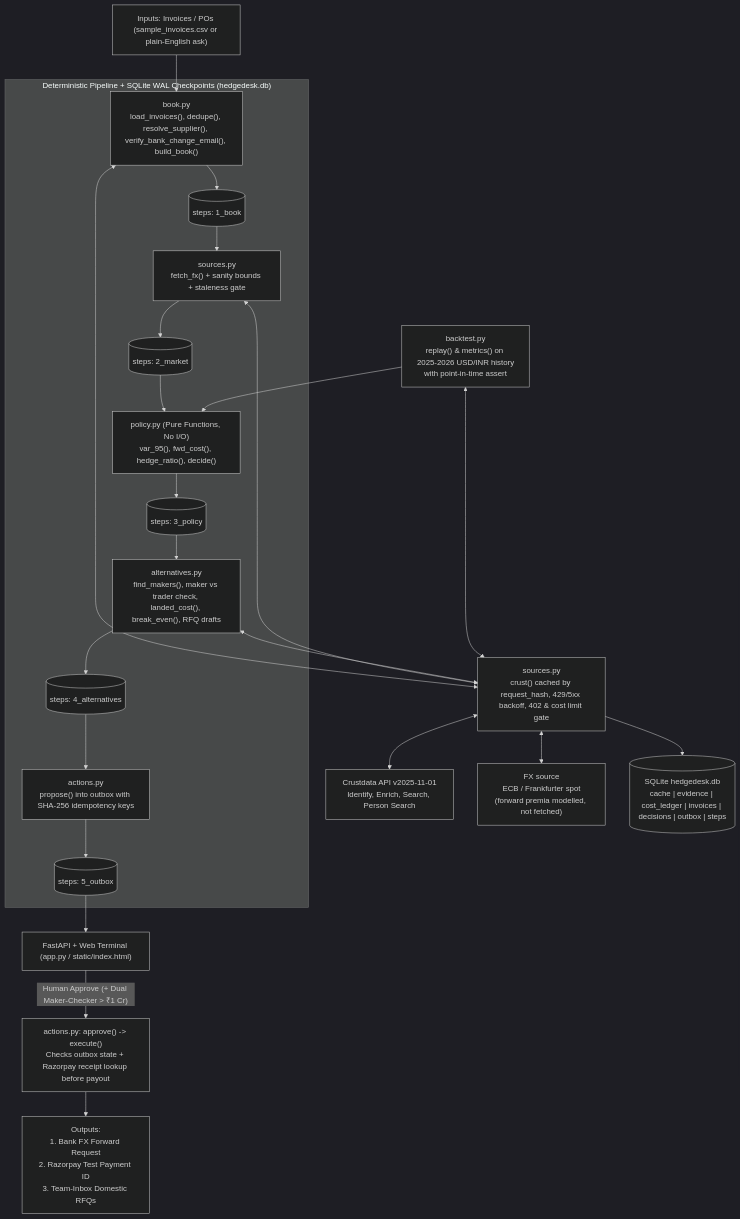
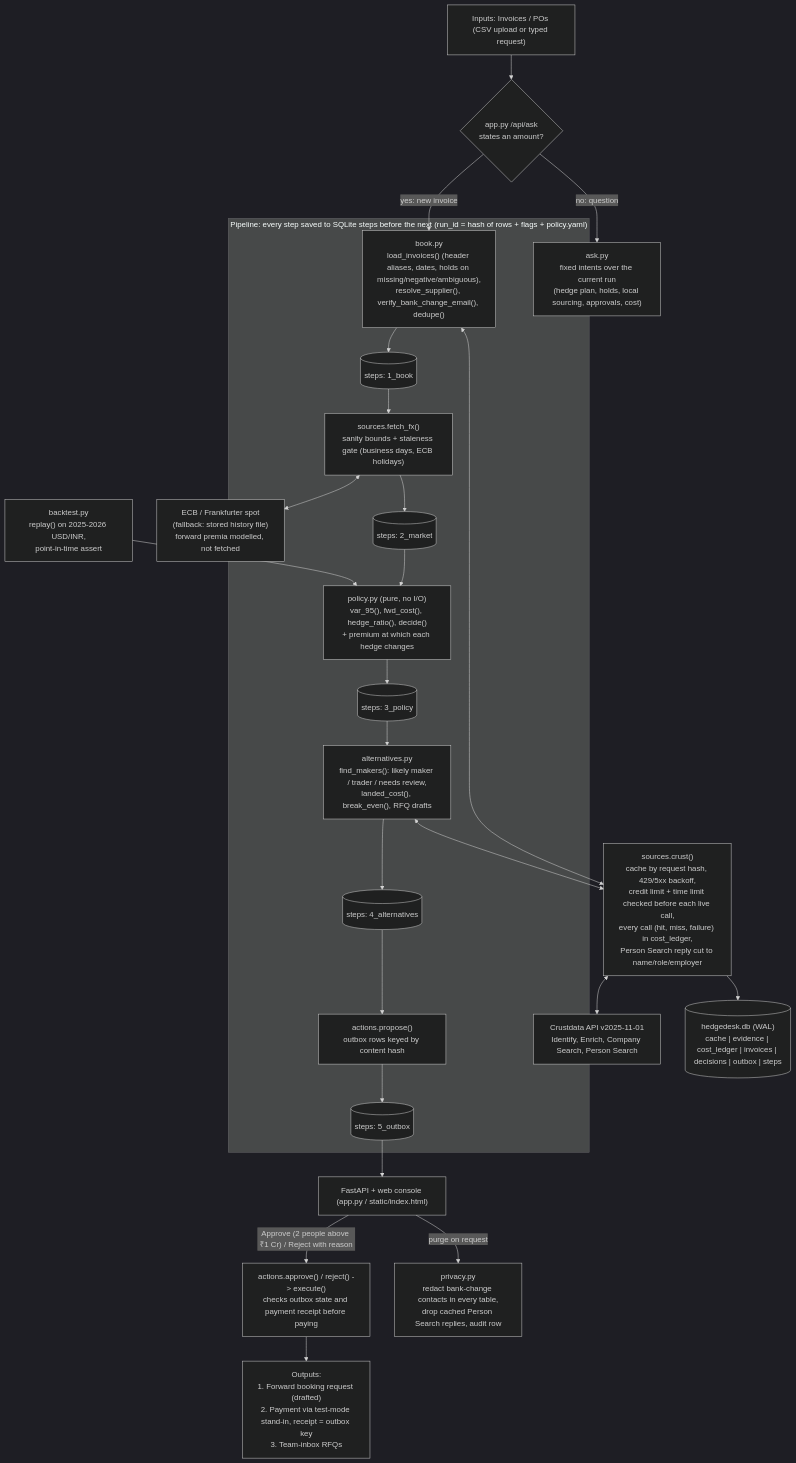
The first of 2 diagrams in ARCHITECTURE.md (funkomonko/HedgeDesk), drawn with Mermaid (dark theme) before and after one commit. The commit also changed other lines of this file and 13 other files, not shown here.

````diff
--- a/ARCHITECTURE.md
+++ b/ARCHITECTURE.md
@@ -5,32 +5,32 @@
 ```mermaid
 flowchart TD
-    IN["Inputs: Invoices / POs (sample_invoices.csv or plain-English ask)"] --> BOOK
+    IN["Inputs: Invoices / POs (CSV upload or typed request)"] --> ASK{"app.py /api/ask\nstates an amount?"}
+    ASK -- "yes: new invoice" --> BOOK
+    ASK -- "no: question" --> QA["ask.py\nfixed intents over the current run\n(hedge plan, holds, local sourcing, approvals, cost)"]
 
-    subgraph CORE["Deterministic Pipeline + SQLite WAL Checkpoints (hedgedesk.db)"]
-        BOOK["book.py\nload_invoices(), dedupe(), resolve_supplier(), verify_bank_change_email(), build_book()"] --> CP1[("steps: 1_book")]
-        CP1 --> MKT["sources.py\nfetch_fx() + sanity bounds + staleness gate"]
+    subgraph CORE["Pipeline: every step saved to SQLite steps before the next (run_id = hash of rows + flags + policy.yaml)"]
+        BOOK["book.py\nload_invoices() (header aliases, dates, holds on missing/negative/ambiguous),\nresolve_supplier(), verify_bank_change_email(), dedupe()"] --> CP1[("steps: 1_book")]
+        CP1 --> MKT["sources.fetch_fx()\nsanity bounds + staleness gate (business days, ECB holidays)"]
         MKT --> CP2[("steps: 2_market")]
-        CP2 --> POL["policy.py (Pure Functions, No I/O)\nvar_95(), fwd_cost(), hedge_ratio(), decide()"]
+        CP2 --> POL["policy.py (pure, no I/O)\nvar_95(), fwd_cost(), hedge_ratio(), decide()\n+ premium at which each hedge changes"]
         POL --> CP3[("steps: 3_policy")]
-        CP3 --> ALT["alternatives.py\nfind_makers(), maker vs trader check, landed_cost(), break_even(), RFQ drafts"]
+        CP3 --> ALT["alternatives.py\nfind_makers(): likely maker / trader / needs review,\nlanded_cost(), break_even(), RFQ drafts"]
         ALT --> CP4[("steps: 4_alternatives")]
-        CP4 --> ACT["actions.py\npropose() into outbox with SHA-256 idempotency keys"]
+        CP4 --> ACT["actions.propose()\noutbox rows keyed by content hash"]
         ACT --> CP5[("steps: 5_outbox")]
     end
 
-    SRC["sources.py\ncrust() cached by request_hash, 429/5xx backoff, 402 & cost limit gate"]
+    SRC["sources.crust()\ncache by request hash, 429/5xx backoff,\ncredit limit + time limit checked before each live call,\nevery call (hit, miss, failure) in cost_ledger,\nPerson Search reply cut to name/role/employer"]
     BOOK <--> SRC
-    MKT <--> SRC
     ALT <--> SRC
-    BT["backtest.py\nreplay() & metrics() on 2025-2026 USD/INR history\nwith point-in-time assert"] <--> SRC
-    BT --> POL
+    MKT <--> FXSRC["ECB / Frankfurter spot\n(fallback: stored history file)\nforward premia modelled, not fetched"]
+    BT["backtest.py\nreplay() on 2025-2026 USD/INR,\npoint-in-time assert"] --> POL
 
-    SRC <--> CRUST["Crustdata API v2025-11-01\nIdentify, Enrich, Search, Person Search"]
-    SRC <--> FX["FX source\nECB / Frankfurter spot\n(forward premia modelled, not fetched)"]
+    SRC <--> CRUST["Crustdata API v2025-11-01\nIdentify, Enrich, Company Search, Person Search"]
+    SRC --> DB[("hedgedesk.db (WAL)\ncache | evidence | cost_ledger | invoices | decisions | outbox | steps")]
 
-    SRC --> LEDGERS[("SQLite hedgedesk.db\ncache | evidence | cost_ledger | invoices | decisions | outbox | steps")]
-
-    CP5 --> UI["FastAPI + Web Terminal (app.py / static/index.html)"]
-    UI -- "Human Approve (+ Dual Maker-Checker > ₹1 Cr)" --> EXEC["actions.py: approve() -> execute()\nChecks outbox state + Razorpay receipt lookup before payout"]
-    EXEC --> OUT["Outputs:\n1. Bank FX Forward Request\n2. Razorpay Test Payment ID\n3. Team-Inbox Domestic RFQs"]
+    CP5 --> UI["FastAPI + web console (app.py / static/index.html)"]
+    UI -- "Approve (2 people above ₹1 Cr) / Reject with reason" --> EXEC["actions.approve() / reject() -> execute()\nchecks outbox state and payment receipt before paying"]
+    EXEC --> OUT["Outputs:\n1. Forward booking request (drafted)\n2. Payment via test-mode stand-in, receipt = outbox key\n3. Team-inbox RFQs"]
+    UI -- "purge on request" --> PRIV["privacy.py\nredact bank-change contacts in every table,\ndrop cached Person Search replies, audit row"]
 ```
````
